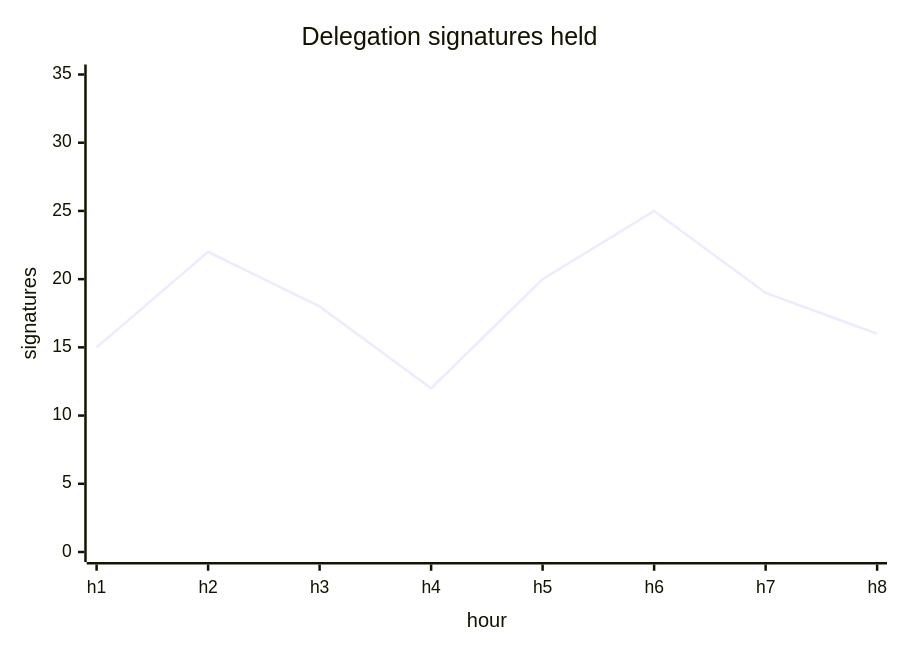
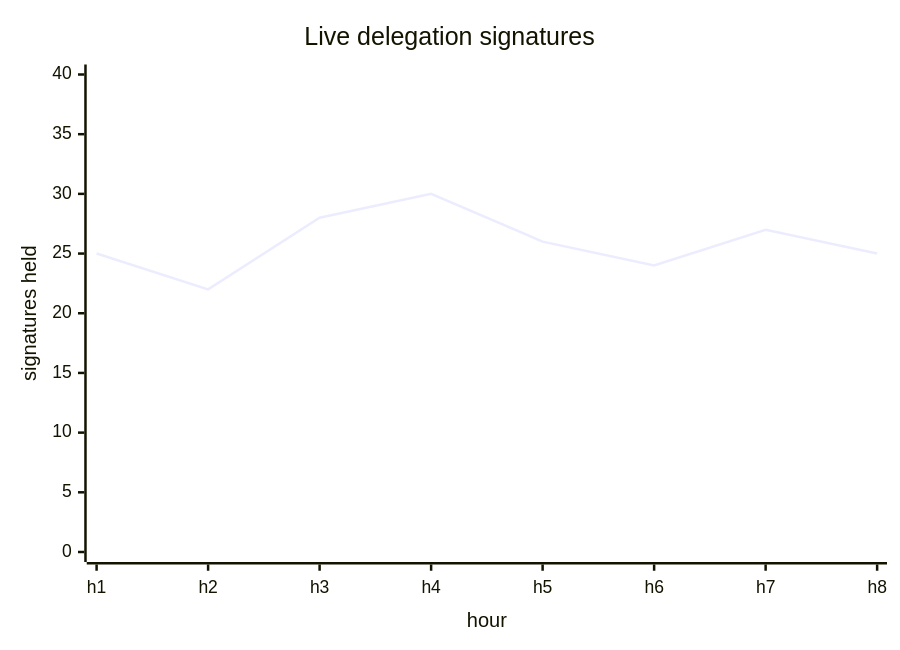
The sixth of 7 diagrams in docs/ongoing/metrics-dashboards/health.md (dfinity/internet-identity), drawn with Mermaid before and after one commit. The commit also changed other lines of this file and 6 other files, not shown here.

````diff
--- a/docs/ongoing/metrics-dashboards/health.md
+++ b/docs/ongoing/metrics-dashboards/health.md
@@ -71,7 +179,7 @@
 ```mermaid
 xychart-beta
-  title "Delegation signatures held"
+  title "Live delegation signatures"
   x-axis "hour" [h1, h2, h3, h4, h5, h6, h7, h8]
-  y-axis "signatures" 0 --> 35
-  line [15, 22, 18, 12, 20, 25, 19, 16]
+  y-axis "signatures held" 0 --> 40
+  line [25, 22, 28, 30, 26, 24, 27, 25]
 ```
````
